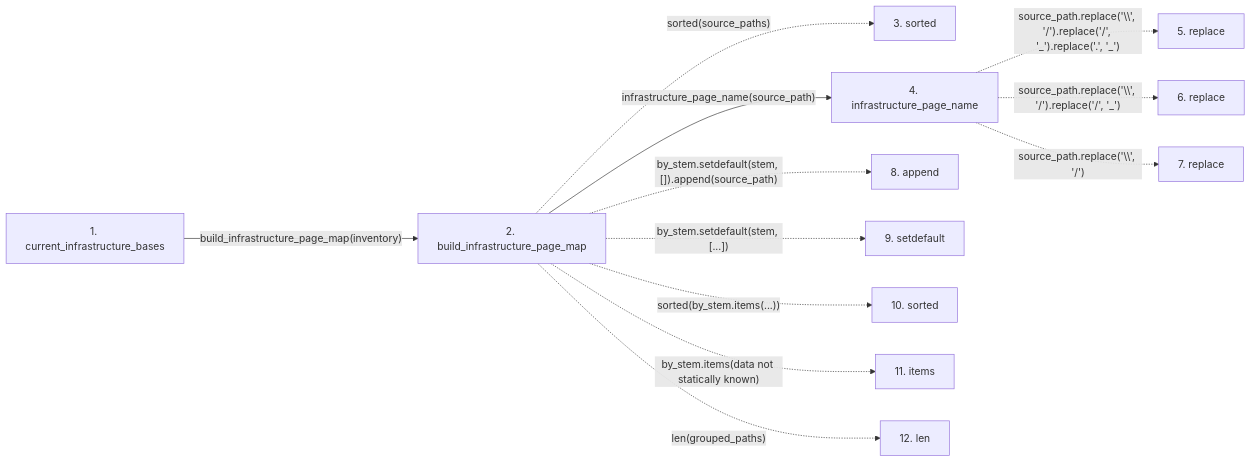
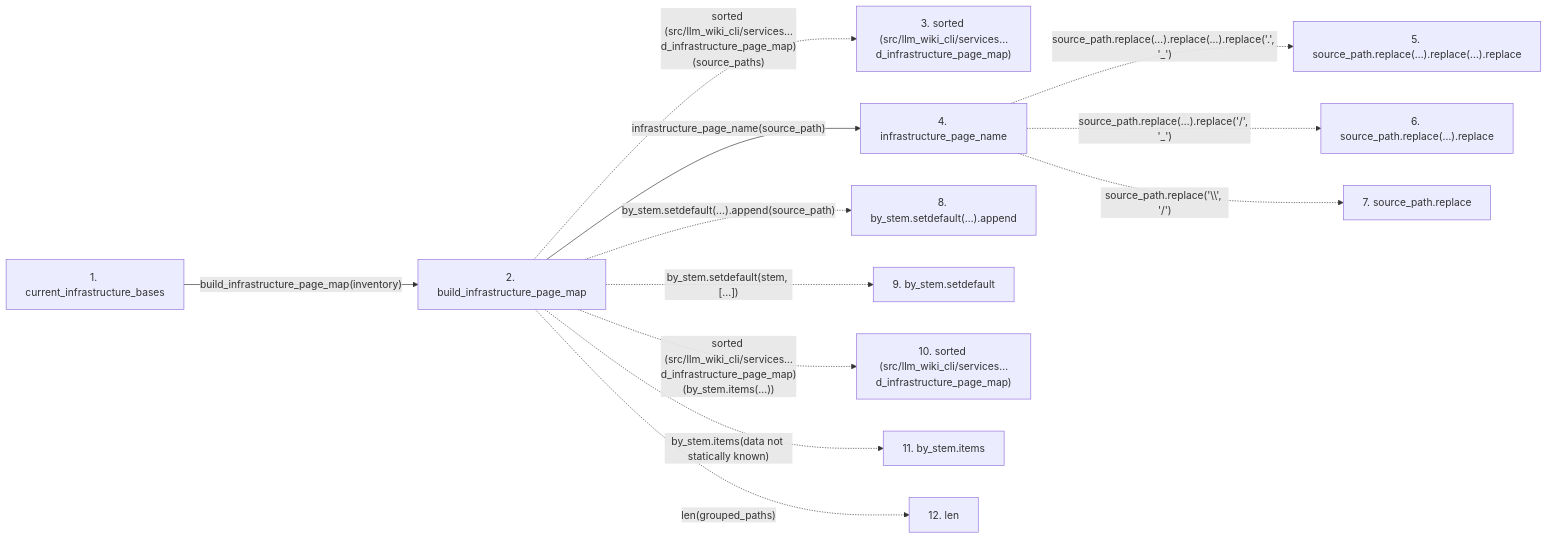
Before and after one commit to Denissvgn/python-wiki-llm: the second of 2 diagrams in docs/llm_wiki/flows/api-current_infrastructure_bases.md, drawn with Mermaid. The commit also changed other lines of this file and 719 other files, not shown here.

````diff
--- a/docs/llm_wiki/flows/api-current_infrastructure_bases.md
+++ b/docs/llm_wiki/flows/api-current_infrastructure_bases.md
@@ -82,29 +84,29 @@
 ```mermaid
 flowchart LR
     s1["1. current_infrastructure_bases"]
     s2["2. build_infrastructure_page_map"]
-    s3["3. sorted"]
+    s3["3. sorted (src/llm_wiki_cli/services…d_infrastructure_page_map)"]
     s4["4. infrastructure_page_name"]
-    s5["5. replace"]
-    s6["6. replace"]
-    s7["7. replace"]
-    s8["8. append"]
-    s9["9. setdefault"]
-    s10["10. sorted"]
-    s11["11. items"]
+    s5["5. source_path.replace(…).replace(…).replace"]
+    s6["6. source_path.replace(…).replace"]
+    s7["7. source_path.replace"]
+    s8["8. by_stem.setdefault(…).append"]
+    s9["9. by_stem.setdefault"]
+    s10["10. sorted (src/llm_wiki_cli/services…d_infrastructure_page_map)"]
+    s11["11. by_stem.items"]
     s12["12. len"]
     s1 -->|"build_infrastructure_page_map(inventory)"| s2
-    s2 -. "sorted(source_paths)" .-> s3
+    s2 -. "sorted (src/llm_wiki_cli/services…d_infrastructure_page_map)(source_paths)" .-> s3
     s2 -->|"infrastructure_page_name(source_path)"| s4
-    s4 -. "source_path.replace('\\', '/').replace('/', '_').replace('.', '_')" .-> s5
-    s4 -. "source_path.replace('\\', '/').replace('/', '_')" .-> s6
+    s4 -. "source_path.replace(…).replace(…).replace('.', '_')" .-> s5
+    s4 -. "source_path.replace(…).replace('/', '_')" .-> s6
     s4 -. "source_path.replace('\\', '/')" .-> s7
-    s2 -. "by_stem.setdefault(stem, []).append(source_path)" .-> s8
+    s2 -. "by_stem.setdefault(…).append(source_path)" .-> s8
     s2 -. "by_stem.setdefault(stem, [...])" .-> s9
-    s2 -. "sorted(by_stem.items(...))" .-> s10
+    s2 -. "sorted (src/llm_wiki_cli/services…d_infrastructure_page_map)(by_stem.items(...))" .-> s10
     s2 -. "by_stem.items(data not statically known)" .-> s11
     s2 -. "len(grouped_paths)" .-> s12
     click s1 "../modules/infrastructure_sync.md"
     click s2 "../modules/infrastructure_sync.md"
     click s4 "../modules/infrastructure_inventory.md"
 ```
````
